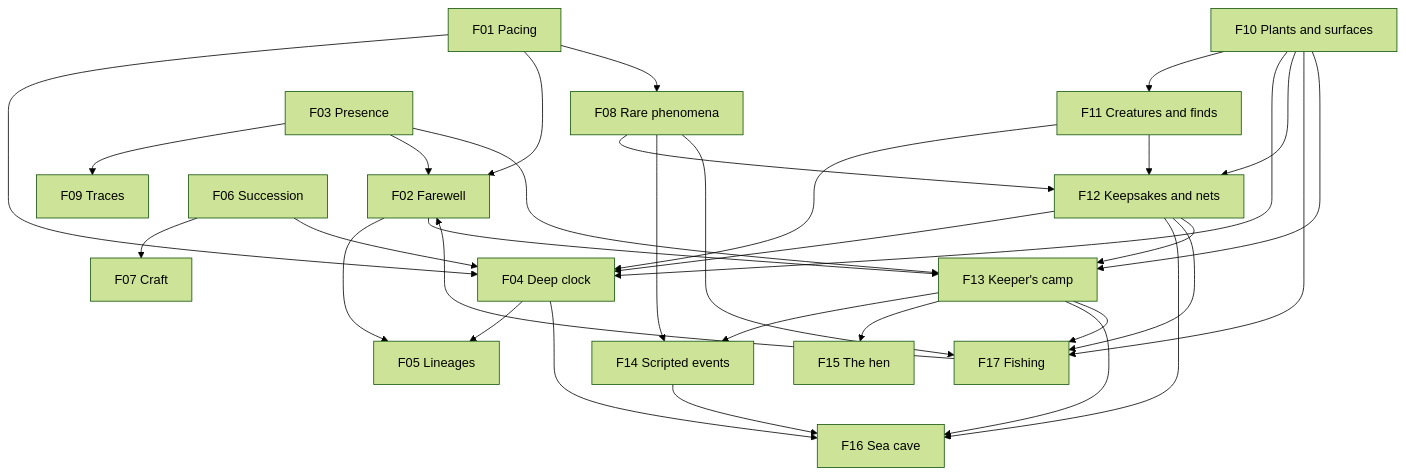
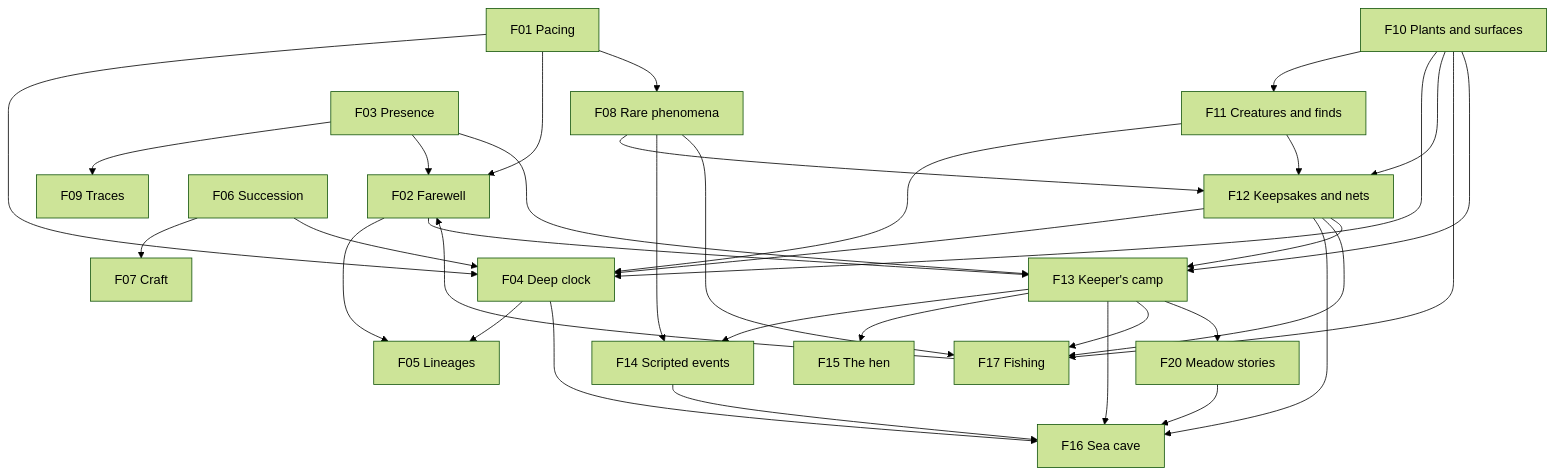
Before and after one commit to mshomper/ebb: the diagram in docs/future/README.md, drawn with Mermaid (forest theme). The commit also changed other lines of this file and 1 other file, not shown here.

Commit message:
Add F20 meadow stories (bees and the skep, butterflies, the robin)

````diff
--- a/docs/future/README.md
+++ b/docs/future/README.md
@@ -38,35 +39,37 @@
 ```mermaid
 flowchart TB
   F01[F01 Pacing] --> F04[F04 Deep clock]
   F01 --> F02[F02 Farewell]
   F01 --> F08[F08 Rare phenomena]
   F04 --> F05[F05 Lineages]
   F02 --> F05
   F03[F03 Presence] --> F09[F09 Traces]
   F03 --> F02
   F06[F06 Succession] --> F07[F07 Craft]
   F06 --> F04
   F10[F10 Plants and surfaces] --> F11[F11 Creatures and finds]
   F10 --> F04
   F11 --> F04
   F10 --> F12[F12 Keepsakes and nets]
   F11 --> F12
   F08 --> F12
   F12 --> F04
   F08 --> F14[F14 Scripted events]
   F13 --> F14
   F13 --> F15[F15 The hen]
   F14 --> F16
   F12 --> F16[F16 Sea cave]
   F13 --> F16
   F12 --> F17[F17 Fishing]
   F13 --> F17
   F10 --> F17
   F08 --> F17
   F17 --> F02
   F04 --> F16
   F03 --> F13[F13 Keeper's camp]
   F02 --> F13
   F10 --> F13
   F12 --> F13
+  F13 --> F20[F20 Meadow stories]
+  F20 --> F16
 ```
````
